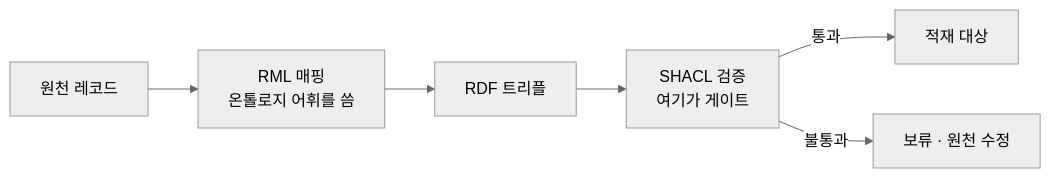
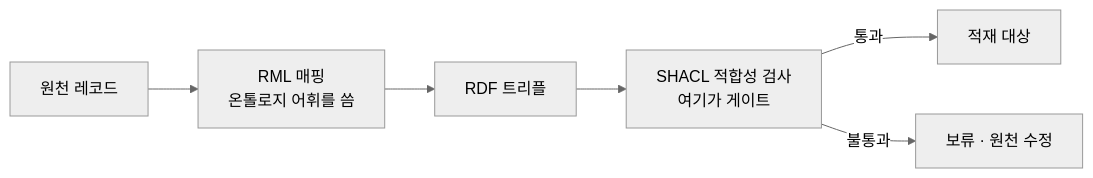
The third of 4 diagrams in Study/강의/온톨로지-지식그래프/00-전체-파이프라인.md (Junseop-Shin/Work), drawn with Mermaid (neutral theme) before and after one commit. The commit also changed other lines of this file, not shown here.

````diff
--- a/Study/강의/온톨로지-지식그래프/00-전체-파이프라인.md
+++ b/Study/강의/온톨로지-지식그래프/00-전체-파이프라인.md
@@ -291,8 +300,8 @@
 ```mermaid
 graph LR
   R["원천 레코드"] --> MAP["RML 매핑<br/>온톨로지 어휘를 씀"]
   MAP --> T["RDF 트리플"]
-  T --> SH["SHACL 검증<br/>여기가 게이트"]
+  T --> SH["SHACL 적합성 검사<br/>여기가 게이트"]
   SH -->|통과| OK["적재 대상"]
   SH -->|불통과| FIX["보류 · 원천 수정"]
 ```
````
